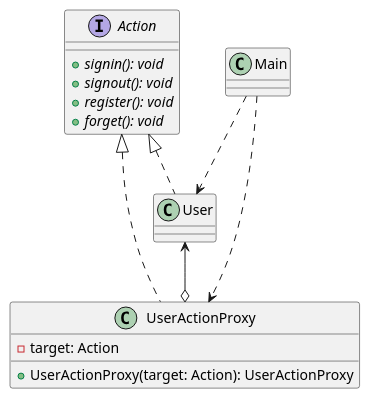
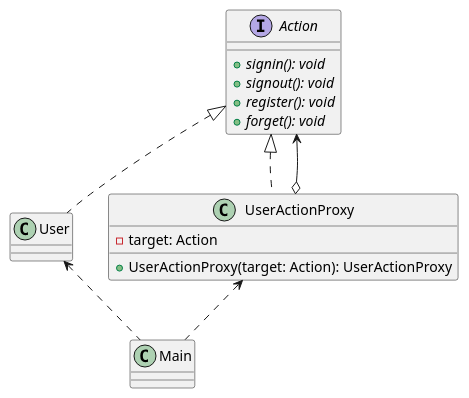
The diagram in src/_2_结构型模式/_7_代理模式_Proxy/_1_静态代理/Static Proxy.puml (mskmktsk/design_patterns), drawn with PlantUML before and after one commit.

Commit message:
3.7.1 修改 UML 类图

```diff
--- a/src/_2_结构型模式/_7_代理模式_Proxy/_1_静态代理/Static Proxy.puml
+++ b/src/_2_结构型模式/_7_代理模式_Proxy/_1_静态代理/Static Proxy.puml
@@ -1,24 +1,24 @@
 @startuml
 
 interface Action {
     + {abstract} signin(): void
     + {abstract} signout(): void
     + {abstract} register(): void
     + {abstract} forget(): void
 }
 
 class User implements Action
 
 class UserActionProxy implements Action {
     - target: Action
     + UserActionProxy(target: Action): UserActionProxy
 }
 
 class Main
 
-User <--o UserActionProxy
+Action <--o UserActionProxy
 
-Main ..> User
-Main ..> UserActionProxy
+User <.. Main
+UserActionProxy <.. Main
 
 @enduml
```
